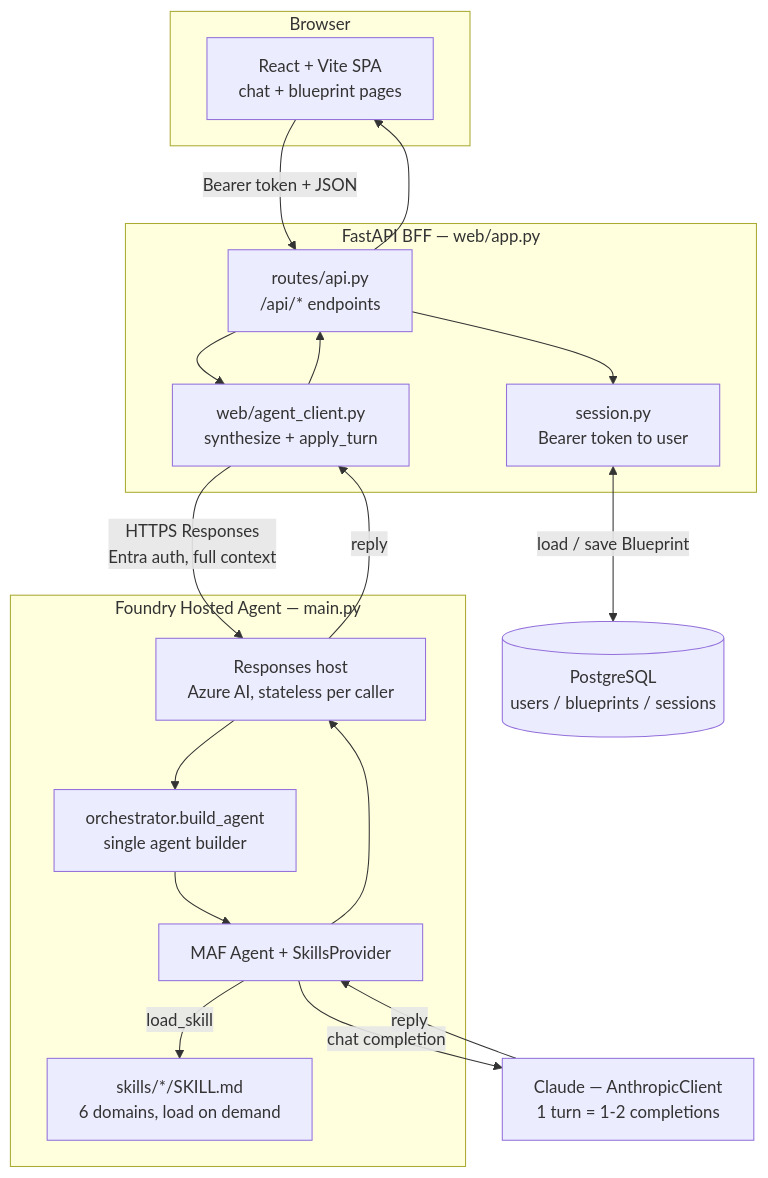
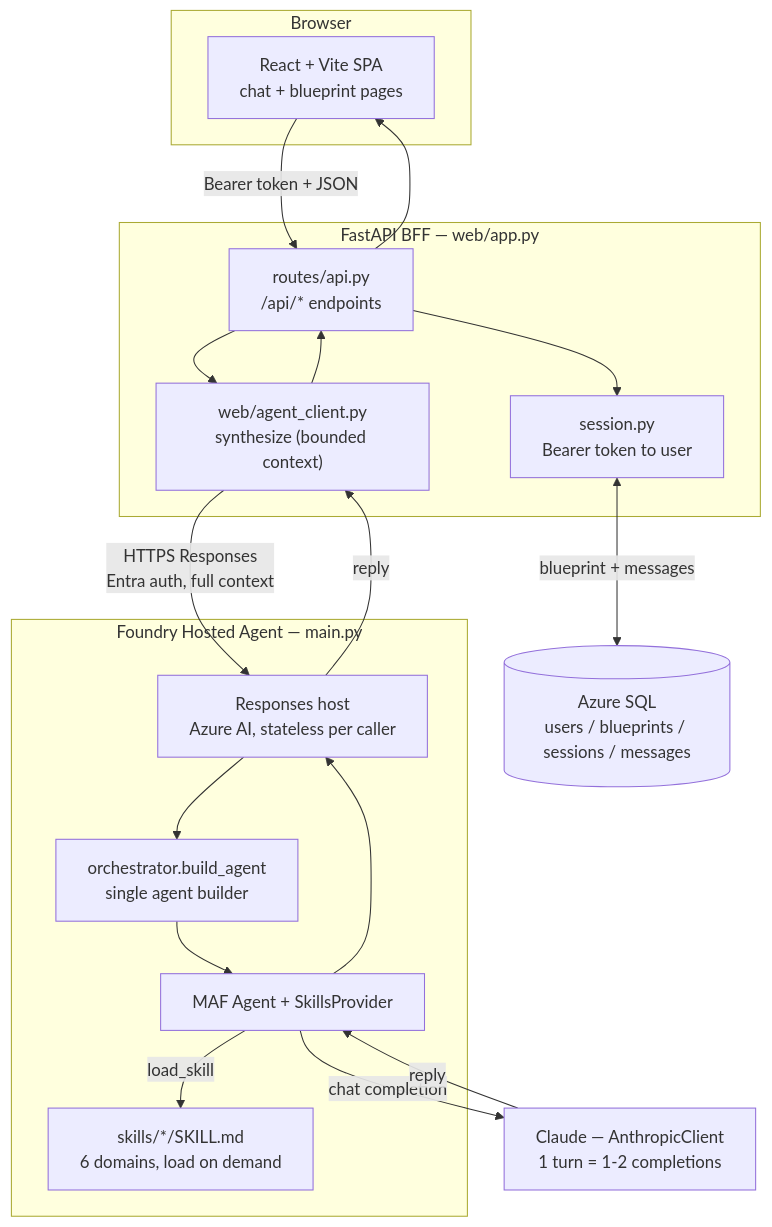
Before and after one commit to scopeta/futureself: the second of 7 diagrams in ARCHITECTURE.md, drawn with Mermaid. The commit also changed other lines of this file and 22 other files, not shown here.

First line of the commit message:
refactor(db): migrate to Azure SQL; decouple transcript; validation-gate facts

````diff
--- a/ARCHITECTURE.md
+++ b/ARCHITECTURE.md
@@ -164,33 +177,33 @@
 ```mermaid
 flowchart TD
     subgraph Browser
         UI["React + Vite SPA<br/>chat + blueprint pages"]
     end
 
     subgraph Backend["FastAPI BFF — web/app.py"]
         Routes["routes/api.py<br/>/api/* endpoints"]
         SessionMod["session.py<br/>Bearer token to user"]
-        Client["web/agent_client.py<br/>synthesize + apply_turn"]
+        Client["web/agent_client.py<br/>synthesize (bounded context)"]
     end
 
     subgraph FoundryAgent["Foundry Hosted Agent — main.py"]
         Host["Responses host<br/>Azure AI, stateless per caller"]
         Builder["orchestrator.build_agent<br/>single agent builder"]
         Agent["MAF Agent + SkillsProvider"]
         Skills["skills/*/SKILL.md<br/>6 domains, load on demand"]
     end
 
     Claude["Claude — AnthropicClient<br/>1 turn = 1-2 completions"]
-    DB[("PostgreSQL<br/>users / blueprints / sessions")]
+    DB[("Azure SQL<br/>users / blueprints / sessions / messages")]
 
     UI -->|"Bearer token + JSON"| Routes
     Routes --> SessionMod
-    SessionMod <-->|"load / save Blueprint"| DB
+    SessionMod <-->|"blueprint + messages"| DB
     Routes --> Client
     Client -->|"HTTPS Responses<br/>Entra auth, full context"| Host
     Host --> Builder --> Agent
     Agent -->|"load_skill"| Skills
     Agent -->|"chat completion"| Claude
     Claude -->|"reply"| Agent --> Host
     Host -->|"reply"| Client --> Routes --> UI
 ```
````
